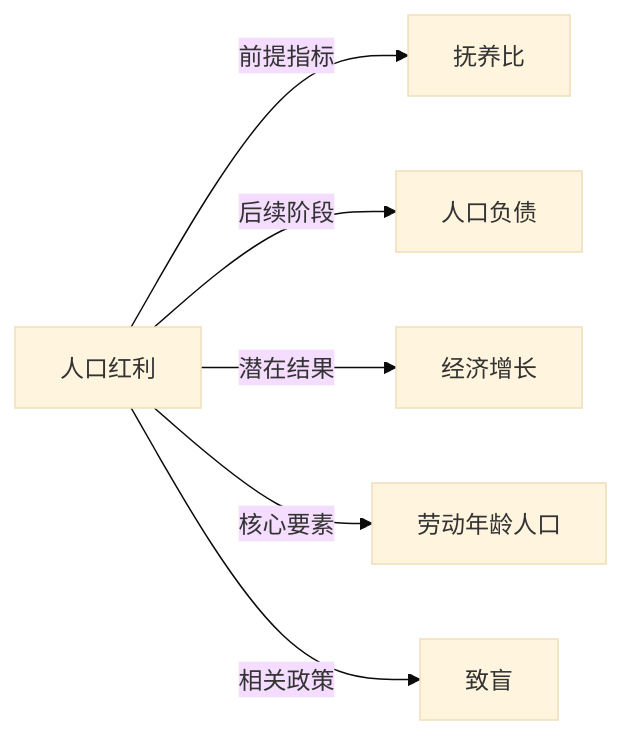
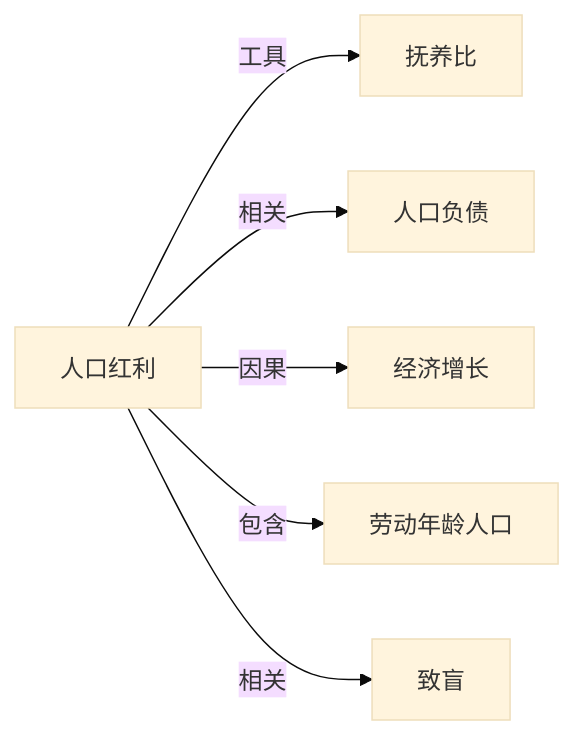
One commit to KIMMCHOW/MyKnowledge changed the diagram in Knowledge/Concepts/经济/人口红利.md. Above: the diagram before and after it, drawn with Mermaid (base theme). The commit also changed 95 other files, not shown here.

Commit message:
reorganize: 统一关系图边标签为11类

````diff
--- a/Knowledge/Concepts/经济/人口红利.md
+++ b/Knowledge/Concepts/经济/人口红利.md
@@ -46,8 +46,8 @@
 ```mermaid
 graph LR
-人口红利 -->|前提指标| 抚养比
-人口红利 -->|后续阶段| 人口负债
-人口红利 -->|潜在结果| 经济增长
-人口红利 -->|核心要素| 劳动年龄人口
-人口红利 -->|相关政策| 致盲
+人口红利 -->|工具| 抚养比
+人口红利 -->|相关| 人口负债
+人口红利 -->|因果| 经济增长
+人口红利 -->|包含| 劳动年龄人口
+人口红利 -->|相关| 致盲
 ```
````
